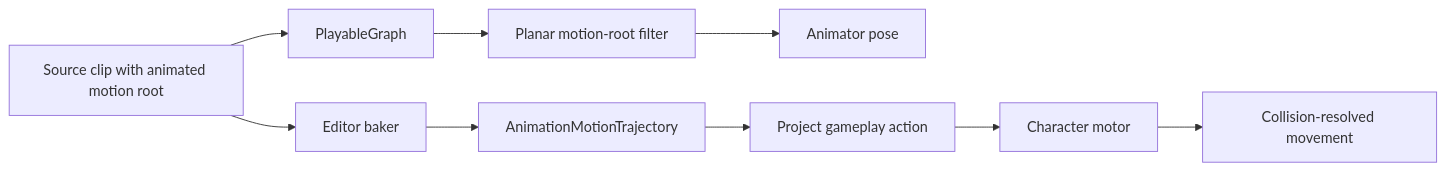
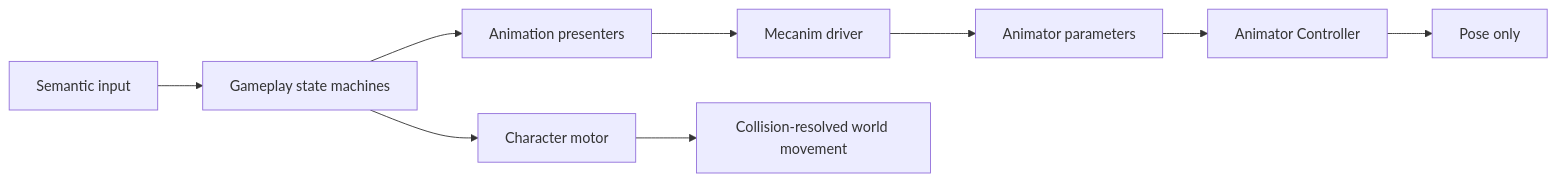
Before and after one commit to MaximFonariuc/project-s: the second of 2 diagrams in Assets/_App/Modules/Animation/README.md, drawn with Mermaid. The commit also changed other lines of this file and 190 other files, not shown here.

Commit message:
refactor: rebuild player animation with KurtzPel Mecanim

````diff
--- a/Assets/_App/Modules/Animation/README.md
+++ b/Assets/_App/Modules/Animation/README.md
@@ -190,11 +70,11 @@
 ```mermaid
 flowchart LR
-    S["Source clip with animated motion root"] --> B["Editor baker"]
-    B --> T["AnimationMotionTrajectory"]
-    S --> G["PlayableGraph"]
-    G --> F["Planar motion-root filter"]
-    F --> A["Animator pose"]
-    T --> C["Project gameplay action"]
-    C --> M["Character motor"]
-    M --> P["Collision-resolved movement"]
+    I["Semantic input"] --> G["Gameplay state machines"]
+    G --> M["Character motor"]
+    G --> P["Animation presenters"]
+    P --> D["Mecanim driver"]
+    D --> A["Animator parameters"]
+    A --> C["Animator Controller"]
+    C --> V["Pose only"]
+    M --> W["Collision-resolved world movement"]
 ```
````
